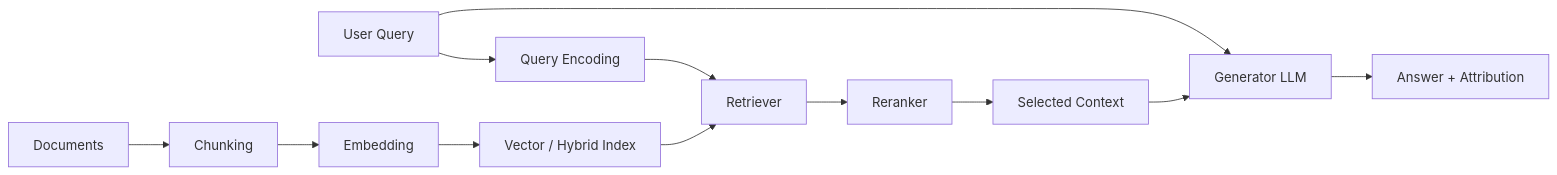
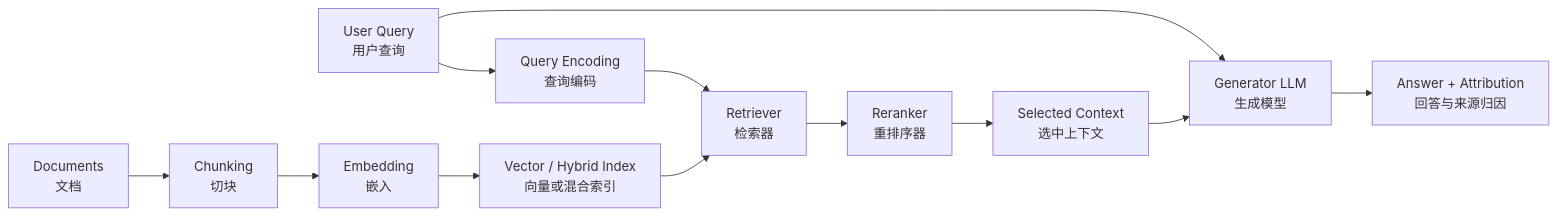
One commit to Yukun-Zheng/LLM-development changed diagram 11 of 12 in figures/README.md. Above: the diagram before and after it, drawn with Mermaid. The commit also changed other lines of this file, not shown here.

Commit message:
docs: localize figure labels with Chinese

````diff
--- a/figures/README.md
+++ b/figures/README.md
@@ -285,14 +285,14 @@
 ```mermaid
 flowchart LR
-    D[Documents] --> C[Chunking]
-    C --> E[Embedding]
-    E --> I[Vector / Hybrid Index]
-    Q[User Query] --> QE[Query Encoding]
-    QE --> RET[Retriever]
+    D[Documents<br/>文档] --> C[Chunking<br/>切块]
+    C --> E[Embedding<br/>嵌入]
+    E --> I[Vector / Hybrid Index<br/>向量或混合索引]
+    Q[User Query<br/>用户查询] --> QE[Query Encoding<br/>查询编码]
+    QE --> RET[Retriever<br/>检索器]
     I --> RET
-    RET --> RR[Reranker]
-    RR --> CTX[Selected Context]
-    Q --> GEN[Generator LLM]
+    RET --> RR[Reranker<br/>重排序器]
+    RR --> CTX[Selected Context<br/>选中上下文]
+    Q --> GEN[Generator LLM<br/>生成模型]
     CTX --> GEN
-    GEN --> ANS[Answer + Attribution]
+    GEN --> ANS[Answer + Attribution<br/>回答与来源归因]
 ```
````
